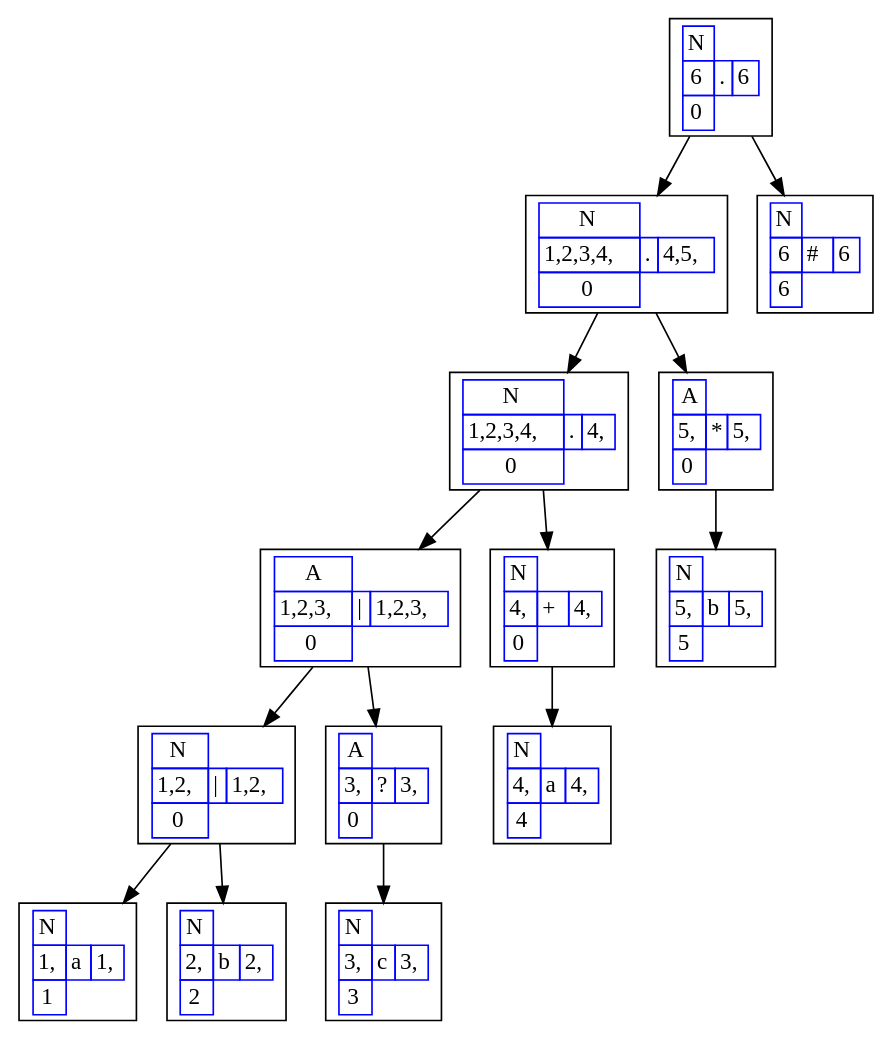
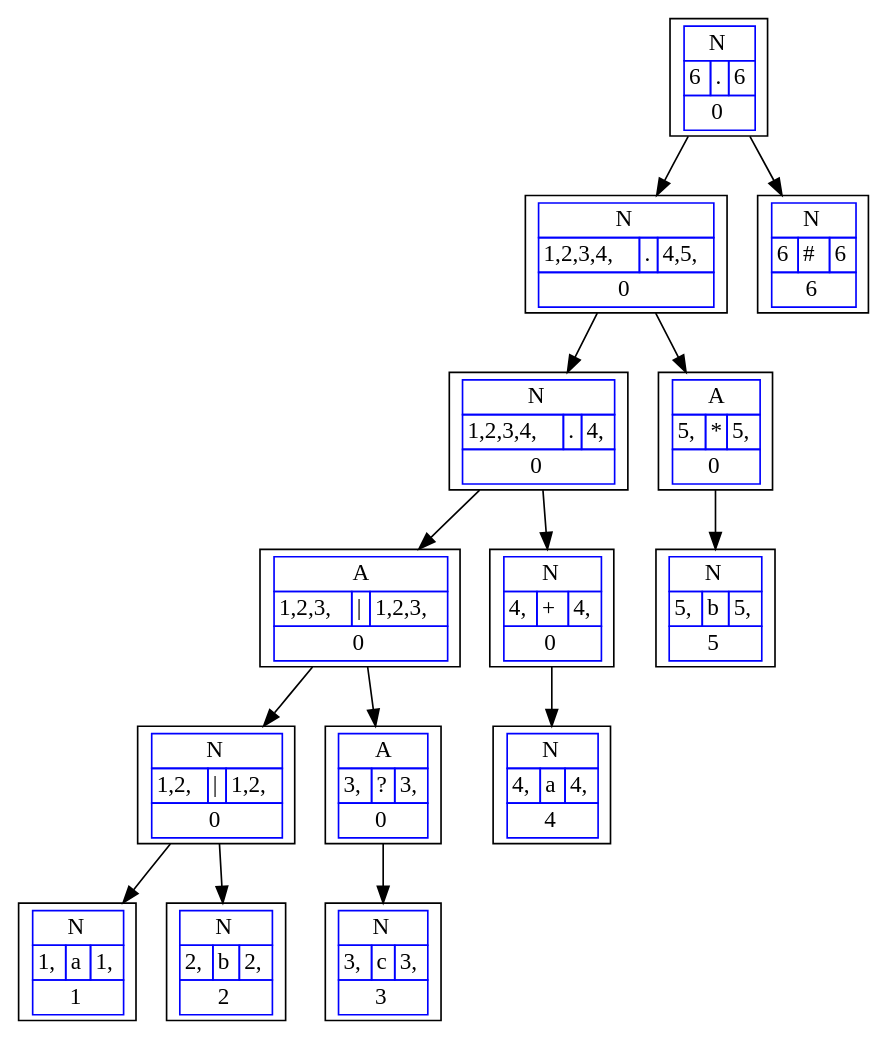
Before and after one commit to Racs0XD/-OLC1-Proyecto1_201603028: the diagram in Py1_201603028/src/ARBOLES_201603028/PRUEBA.dot, drawn with Graphviz. The commit also changed 144 other files, not shown here.

```diff
--- a/Py1_201603028/src/ARBOLES_201603028/PRUEBA.dot
+++ b/Py1_201603028/src/ARBOLES_201603028/PRUEBA.dot
@@ -1,117 +1,117 @@
 digraph G{
 rankdir=UD
 node[shape=box]
 concentrate=true
-nodo26 [ label =< 
+nodo116 [ label =< 
 <table border='0' cellborder='1' color='blue' cellspacing='0'>
-<tr><td>N</td></tr>
+<tr><td colspan="3">N</td></tr>
 <tr><td>6</td><td>.</td><td>6</td></tr>
-<tr><td>0</td></tr>
+<tr><td colspan="3">0</td></tr>
 </table>
 >];
-nodo24 [ label =< 
+nodo114 [ label =< 
 <table border='0' cellborder='1' color='blue' cellspacing='0'>
-<tr><td>N</td></tr>
+<tr><td colspan="3">N</td></tr>
 <tr><td>1,2,3,4,</td><td>.</td><td>4,5,</td></tr>
-<tr><td>0</td></tr>
+<tr><td colspan="3">0</td></tr>
 </table>
 >];
-nodo21 [ label =< 
+nodo111 [ label =< 
 <table border='0' cellborder='1' color='blue' cellspacing='0'>
-<tr><td>N</td></tr>
+<tr><td colspan="3">N</td></tr>
 <tr><td>1,2,3,4,</td><td>.</td><td>4,</td></tr>
-<tr><td>0</td></tr>
+<tr><td colspan="3">0</td></tr>
 </table>
 >];
-nodo18 [ label =< 
+nodo108 [ label =< 
 <table border='0' cellborder='1' color='blue' cellspacing='0'>
-<tr><td>A</td></tr>
+<tr><td colspan="3">A</td></tr>
 <tr><td>1,2,3,</td><td>|</td><td>1,2,3,</td></tr>
-<tr><td>0</td></tr>
+<tr><td colspan="3">0</td></tr>
 </table>
 >];
-nodo15 [ label =< 
+nodo105 [ label =< 
 <table border='0' cellborder='1' color='blue' cellspacing='0'>
-<tr><td>N</td></tr>
+<tr><td colspan="3">N</td></tr>
 <tr><td>1,2,</td><td>|</td><td>1,2,</td></tr>
-<tr><td>0</td></tr>
+<tr><td colspan="3">0</td></tr>
 </table>
 >];
-nodo13 [ label =< 
+nodo103 [ label =< 
 <table border='0' cellborder='1' color='blue' cellspacing='0'>
-<tr><td>N</td></tr>
+<tr><td colspan="3">N</td></tr>
 <tr><td>1,</td><td>a</td><td>1,</td></tr>
-<tr><td>1</td></tr>
+<tr><td colspan="3">1</td></tr>
 </table>
 >];
-nodo15->nodo13
-nodo14 [ label =< 
+nodo105->nodo103
+nodo104 [ label =< 
 <table border='0' cellborder='1' color='blue' cellspacing='0'>
-<tr><td>N</td></tr>
+<tr><td colspan="3">N</td></tr>
 <tr><td>2,</td><td>b</td><td>2,</td></tr>
-<tr><td>2</td></tr>
+<tr><td colspan="3">2</td></tr>
 </table>
 >];
-nodo15->nodo14
-nodo18->nodo15
-nodo17 [ label =< 
+nodo105->nodo104
+nodo108->nodo105
+nodo107 [ label =< 
 <table border='0' cellborder='1' color='blue' cellspacing='0'>
-<tr><td>A</td></tr>
+<tr><td colspan="3">A</td></tr>
 <tr><td>3,</td><td>?</td><td>3,</td></tr>
-<tr><td>0</td></tr>
+<tr><td colspan="3">0</td></tr>
 </table>
 >];
-nodo16 [ label =< 
+nodo106 [ label =< 
 <table border='0' cellborder='1' color='blue' cellspacing='0'>
-<tr><td>N</td></tr>
+<tr><td colspan="3">N</td></tr>
 <tr><td>3,</td><td>c</td><td>3,</td></tr>
-<tr><td>3</td></tr>
+<tr><td colspan="3">3</td></tr>
 </table>
 >];
-nodo17->nodo16
-nodo18->nodo17
-nodo21->nodo18
-nodo20 [ label =< 
+nodo107->nodo106
+nodo108->nodo107
+nodo111->nodo108
+nodo110 [ label =< 
 <table border='0' cellborder='1' color='blue' cellspacing='0'>
-<tr><td>N</td></tr>
+<tr><td colspan="3">N</td></tr>
 <tr><td>4,</td><td>+</td><td>4,</td></tr>
-<tr><td>0</td></tr>
+<tr><td colspan="3">0</td></tr>
 </table>
 >];
-nodo19 [ label =< 
+nodo109 [ label =< 
 <table border='0' cellborder='1' color='blue' cellspacing='0'>
-<tr><td>N</td></tr>
+<tr><td colspan="3">N</td></tr>
 <tr><td>4,</td><td>a</td><td>4,</td></tr>
-<tr><td>4</td></tr>
+<tr><td colspan="3">4</td></tr>
 </table>
 >];
-nodo20->nodo19
-nodo21->nodo20
-nodo24->nodo21
-nodo23 [ label =< 
+nodo110->nodo109
+nodo111->nodo110
+nodo114->nodo111
+nodo113 [ label =< 
 <table border='0' cellborder='1' color='blue' cellspacing='0'>
-<tr><td>A</td></tr>
+<tr><td colspan="3">A</td></tr>
 <tr><td>5,</td><td>*</td><td>5,</td></tr>
-<tr><td>0</td></tr>
+<tr><td colspan="3">0</td></tr>
 </table>
 >];
-nodo22 [ label =< 
+nodo112 [ label =< 
 <table border='0' cellborder='1' color='blue' cellspacing='0'>
-<tr><td>N</td></tr>
+<tr><td colspan="3">N</td></tr>
 <tr><td>5,</td><td>b</td><td>5,</td></tr>
-<tr><td>5</td></tr>
+<tr><td colspan="3">5</td></tr>
 </table>
 >];
-nodo23->nodo22
-nodo24->nodo23
-nodo26->nodo24
-nodo25 [ label =< 
+nodo113->nodo112
+nodo114->nodo113
+nodo116->nodo114
+nodo115 [ label =< 
 <table border='0' cellborder='1' color='blue' cellspacing='0'>
-<tr><td>N</td></tr>
+<tr><td colspan="3">N</td></tr>
 <tr><td>6</td><td>#</td><td>6</td></tr>
-<tr><td>6</td></tr>
+<tr><td colspan="3">6</td></tr>
 </table>
 >];
-nodo26->nodo25
+nodo116->nodo115
 
 }
```
